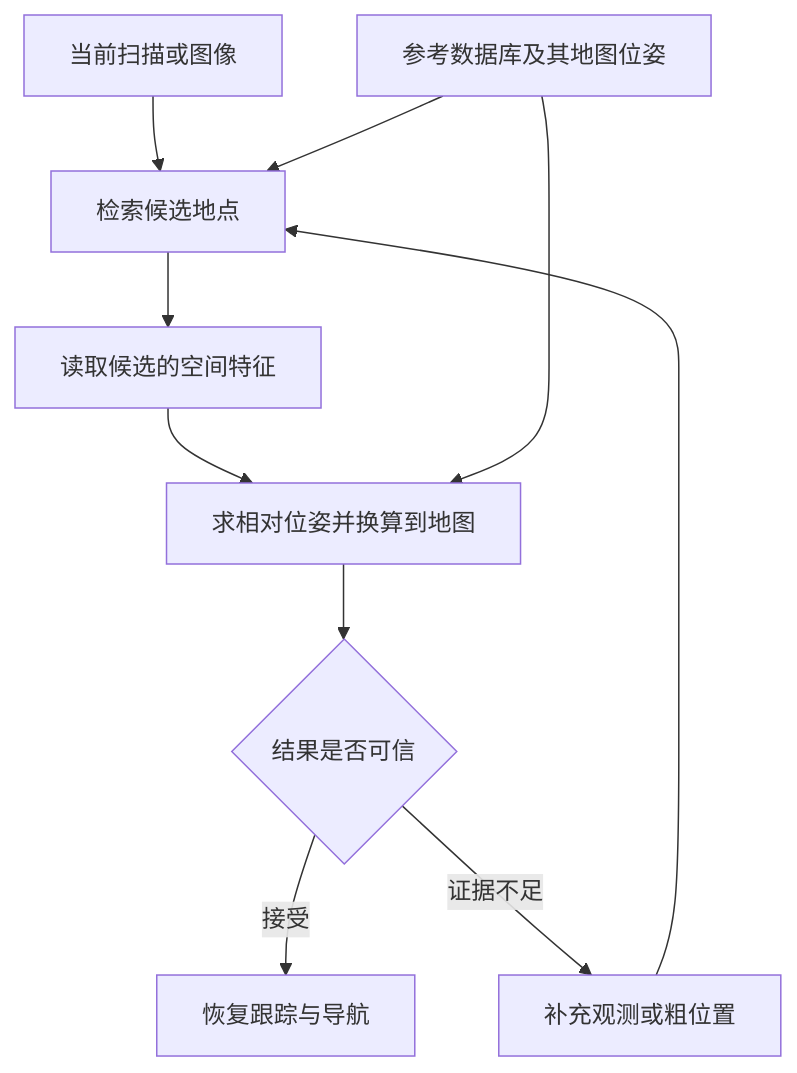
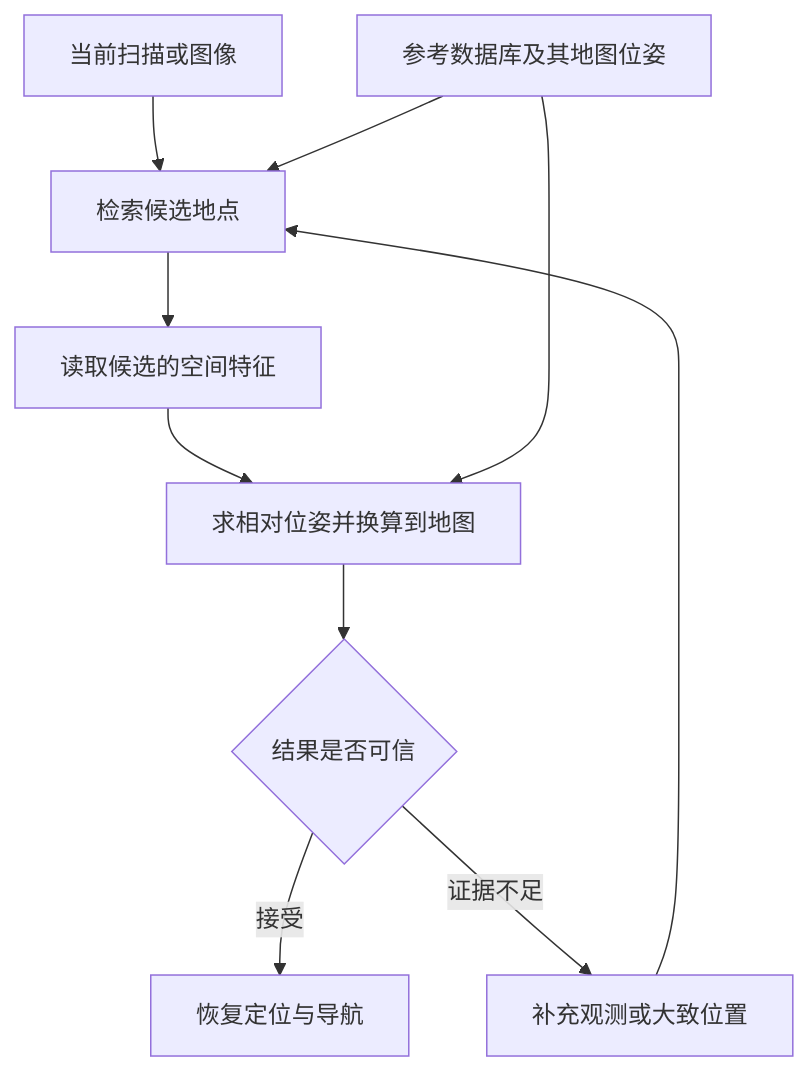
One commit to EnosElinsa/wheeltec-ros-textbook changed the second of 3 diagrams in docs/06-sensors-navigation/33-relocalization-map-dependence.md. Above: the diagram before and after it, drawn with Mermaid. The commit also changed other lines of this file and 7 other files, not shown here.

````diff
--- a/docs/06-sensors-navigation/33-relocalization-map-dependence.md
+++ b/docs/06-sensors-navigation/33-relocalization-map-dependence.md
@@ -77,12 +79,12 @@
 ```mermaid
 flowchart TD
     A[当前扫描或图像] --> B[检索候选地点]
     R[参考数据库及其地图位姿] --> B
     B --> C[读取候选的空间特征]
     C --> D[求相对位姿并换算到地图]
     R --> D
     D --> E{结果是否可信}
-    E -->|接受| F[恢复跟踪与导航]
-    E -->|证据不足| G[补充观测或粗位置]
+    E -->|接受| F[恢复定位与导航]
+    E -->|证据不足| G[补充观测或大致位置]
     G --> B
 ```
````
